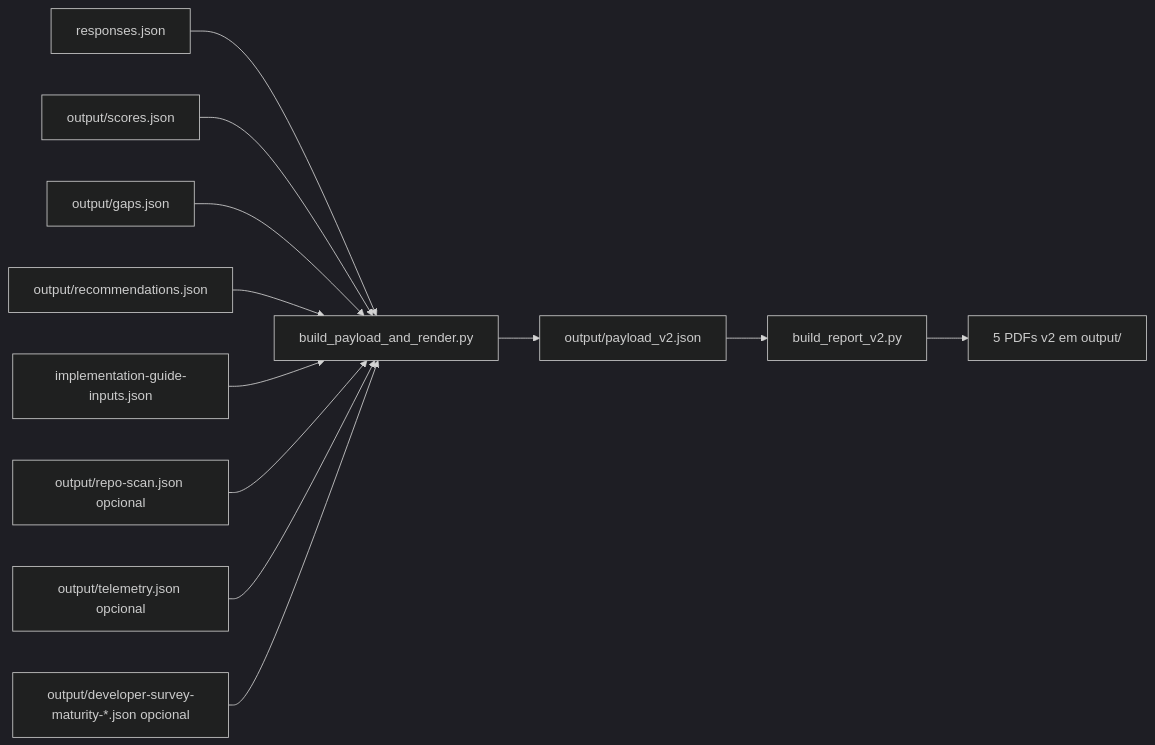
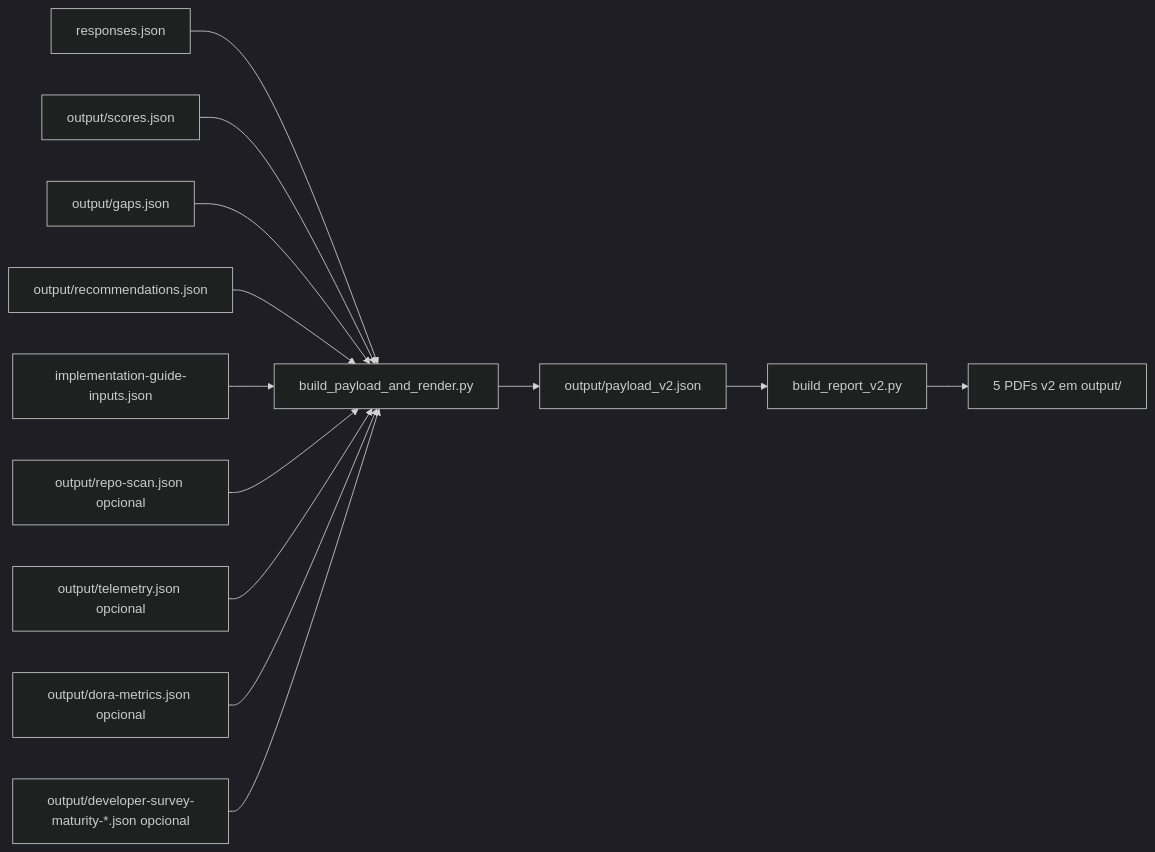
One commit to gbb-acelerators/ai-maturity-client-kit changed the diagram in reports/scripts/README.pt-br.md. Above: the diagram before and after it, drawn with Mermaid (dark theme). The commit also changed 84 other files, not shown here.

````diff
--- a/reports/scripts/README.pt-br.md
+++ b/reports/scripts/README.pt-br.md
@@ -22,14 +22,15 @@
 ```mermaid
 flowchart LR
     A[responses.json] --> M[build_payload_and_render.py]
     B[output/scores.json] --> M
     C[output/gaps.json] --> M
     D[output/recommendations.json] --> M
     E[implementation-guide-inputs.json] --> M
     F[output/repo-scan.json opcional] --> M
     G[output/telemetry.json opcional] --> M
+    I[output/dora-metrics.json opcional] --> M
     H[output/developer-survey-maturity-*.json opcional] --> M
     M --> P[output/payload_v2.json]
     P --> R[build_report_v2.py]
     R --> O[5 PDFs v2 em output/]
 ```
````
